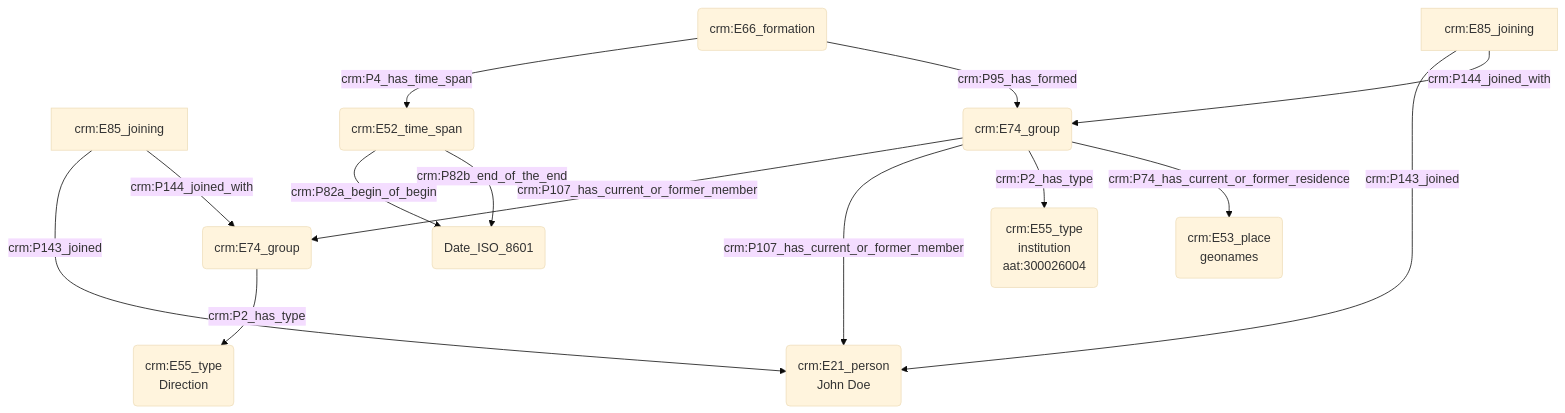
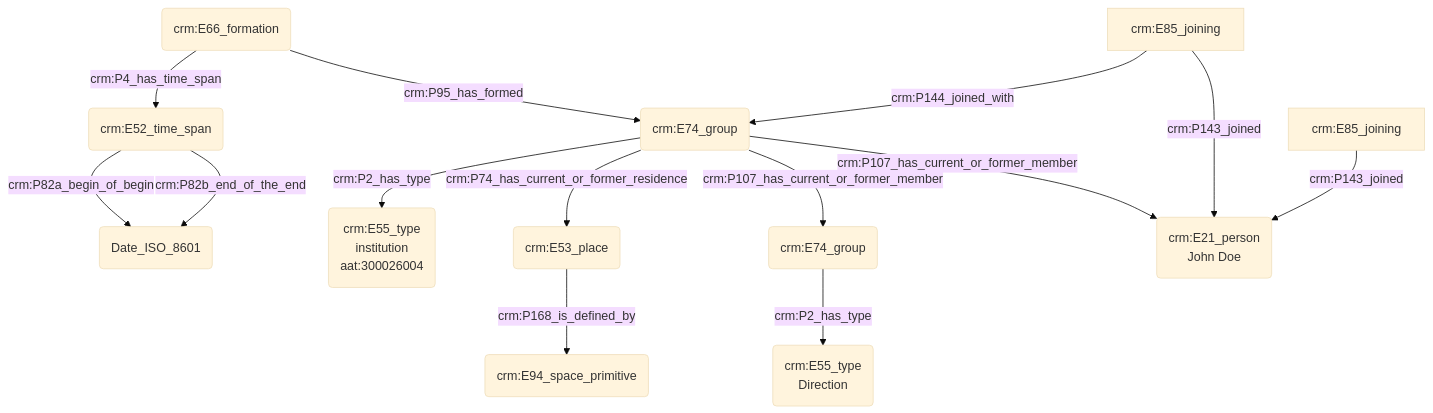
Before and after one commit to Amleth/consortium-musica2-gt2-ontologies: the diagram in modules/livrables/Dossier 2/Prosopographie/statut ou rôle au sein d'une institution.md, drawn with Mermaid (base theme). The commit also changed other lines of this file, not shown here.

Commit message:
Update statut ou rôle au sein d'une institution.md

````diff
--- a/modules/livrables/Dossier 2/Prosopographie/statut ou rôle au sein d'une institution.md
+++ b/modules/livrables/Dossier 2/Prosopographie/statut ou rôle au sein d'une institution.md
@@ -11,26 +11,23 @@
 ```mermaid
 graph TD;
 
-U[crm:E85_joining] -->|crm:P143_joined| K(crm:E21_person<br>John Doe)
-U[crm:E85_joining] --> |crm:P144_joined_with| S(crm:E74_group)
-M(crm:E74_group) --> |crm:P107_has_current_or_former_member| S(crm:E74_group)
+P(crm:E66_formation) -->|crm:P4_has_time_span| Q(crm:E52_time_span)
+P(crm:E66_formation) -->|crm:P95_has_formed| M(crm:E74_group)
+Q(crm:E52_time_span) -->|crm:P82a_begin_of_begin| R(Date_ISO_8601)
+Q(crm:E52_time_span) -->|crm:P82b_end_of_the_end| R(Date_ISO_8601)
+M(crm:E74_group) -->|crm:P2_has_type| N(crm:E55_type<br>institution<br>aat:300026004)
+M(crm:E74_group) -->|crm:P74_has_current_or_former_residence| O(crm:E53_place)
+O(crm:E53_place) --> |crm:P168_is_defined_by| Y(crm:E94_space_primitive)
+
+L[crm:E85_joining] --> |crm:P144_joined_with| M(crm:E74_group)
 S(crm:E74_group) --> |crm:P2_has_type| T(crm:E55_type<br>Direction)
 
-
+M(crm:E74_group) --> |crm:P107_has_current_or_former_member| K(crm:E21_person<br>John Doe)
+M(crm:E74_group) --> |crm:P107_has_current_or_former_member| S(crm:E74_group)
 
 L[crm:E85_joining] --->|crm:P143_joined| K(crm:E21_person<br>John Doe)
-
-M(crm:E74_group) ---> |crm:P107_has_current_or_former_member| K(crm:E21_person<br>John Doe)
-L[crm:E85_joining] --> |crm:P144_joined_with| M(crm:E74_group)
-
-
-M(crm:E74_group) -->|crm:P2_has_type| N(crm:E55_type<br>institution<br>aat:300026004)
-M(crm:E74_group) -->|crm:P74_has_current_or_former_residence| O(crm:E53_place<br>geonames)
-P(crm:E66_formation) -->|crm:P4_has_time_span| Q(crm:E52_time_span)
-P(crm:E66_formation)  -->|crm:P95_has_formed| M(crm:E74_group)
-Q(crm:E52_time_span) -->|crm:P82a_begin_of_begin| R(Date_ISO_8601)
-Q(crm:E52_time_span) -->|crm:P82b_end_of_the_end| R(Date_ISO_8601)
+U[crm:E85_joining] -->|crm:P143_joined| K(crm:E21_person<br>John Doe)
 
 
 
 ```
````
